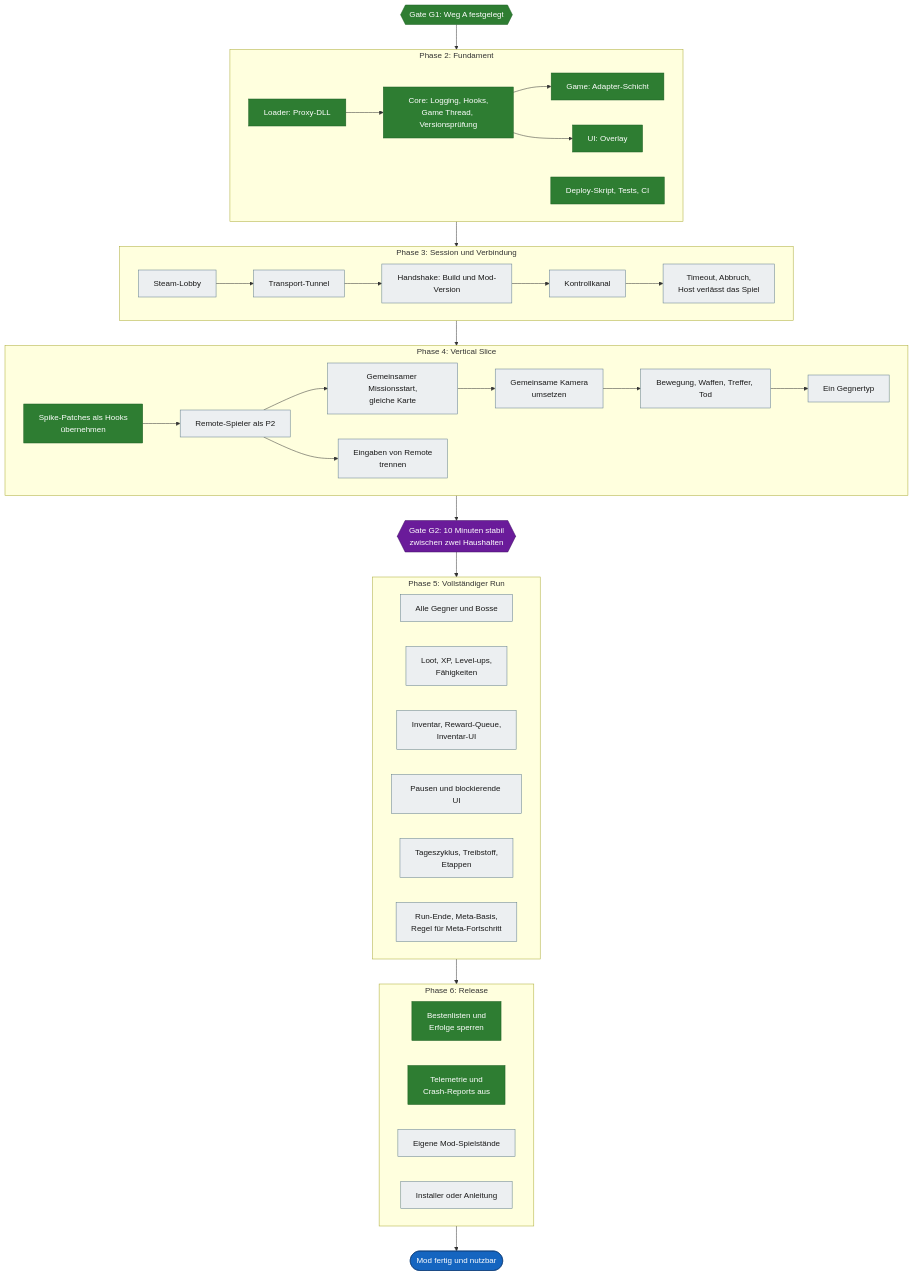
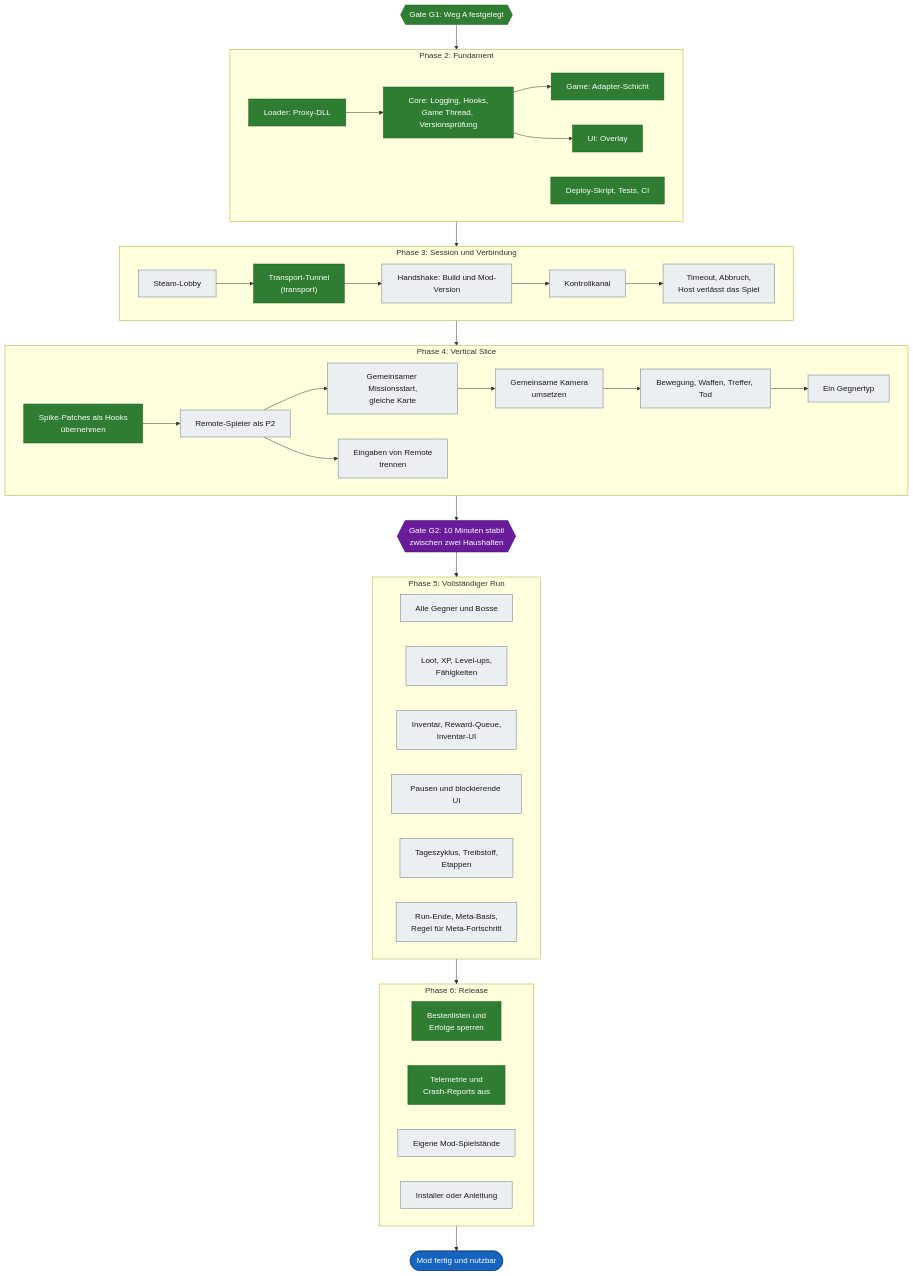
The third of 4 diagrams in docs/ROADMAP.md (VitaminStack/Deadly-Days-Roadtrip-Multiplayer-Mod), drawn with Mermaid before and after one commit. The commit also changed 24 other files, not shown here.

First line of the commit message:
transport: Steam-Tunnel als Modul in src/Net, im Spiel bis Tag 1 belegt (#82)

````diff
--- a/docs/ROADMAP.md
+++ b/docs/ROADMAP.md
@@ -154,63 +154,63 @@
 ```mermaid
 flowchart TD
     G1{{"Gate G1: Weg A festgelegt"}}:::done
 
     subgraph PH2["Phase 2: Fundament"]
         L["Loader: Proxy-DLL"]:::done
         C["Core: Logging, Hooks,<br/>Game Thread, Versionsprüfung"]:::done
         GA["Game: Adapter-Schicht"]:::done
         U["UI: Overlay"]:::done
         W["Deploy-Skript, Tests, CI"]:::done
         L --> C --> GA
         C --> U
     end
 
     subgraph PH3["Phase 3: Session und Verbindung"]
         LO["Steam-Lobby"]:::open
-        TN["Transport-Tunnel"]:::open
+        TN["Transport-Tunnel<br/>(transport)"]:::done
         HS["Handshake: Build und Mod-Version"]:::open
         FE["Timeout, Abbruch,<br/>Host verlässt das Spiel"]:::open
         KK["Kontrollkanal"]:::open
         LO --> TN --> HS --> KK --> FE
     end
 
     subgraph PH4["Phase 4: Vertical Slice"]
         SH["Spike-Patches als Hooks<br/>übernehmen"]:::done
         R2["Remote-Spieler als P2"]:::open
         MS["Gemeinsamer Missionsstart,<br/>gleiche Karte"]:::open
         KM["Gemeinsame Kamera<br/>umsetzen"]:::open
         KA["Bewegung, Waffen, Treffer, Tod"]:::open
         GT["Ein Gegnertyp"]:::open
         EI["Eingaben von Remote<br/>trennen"]:::open
         SH --> R2 --> MS --> KM --> KA --> GT
         R2 --> EI
     end
 
     G2{{"Gate G2: 10 Minuten stabil<br/>zwischen zwei Haushalten"}}:::gate
 
     subgraph PH5["Phase 5: Vollständiger Run"]
         GE["Alle Gegner und Bosse"]:::open
         XP["Loot, XP, Level-ups,<br/>Fähigkeiten"]:::open
         IV["Inventar, Reward-Queue,<br/>Inventar-UI"]:::open
         PU["Pausen und blockierende UI"]:::open
         TG["Tageszyklus, Treibstoff,<br/>Etappen"]:::open
         ME["Run-Ende, Meta-Basis,<br/>Regel für Meta-Fortschritt"]:::open
     end
 
     subgraph PH6["Phase 6: Release"]
         SB["Bestenlisten und<br/>Erfolge sperren"]:::done
         TE["Telemetrie und<br/>Crash-Reports aus"]:::done
         SV["Eigene Mod-Spielstände"]:::open
         IN["Installer oder Anleitung"]:::open
     end
 
     Z(["Mod fertig und nutzbar"]):::goal
 
     G1 --> PH2 --> PH3 --> PH4 --> G2 --> PH5 --> PH6 --> Z
 
     classDef done fill:#2e7d32,stroke:#1b5e20,color:#ffffff
     classDef wip fill:#f9a825,stroke:#b27a00,color:#1a1a1a
     classDef open fill:#eceff1,stroke:#607d8b,color:#1a1a1a
     classDef gate fill:#6a1b9a,stroke:#3e1163,color:#ffffff
     classDef goal fill:#1565c0,stroke:#0d3c78,color:#ffffff
 ```
````
